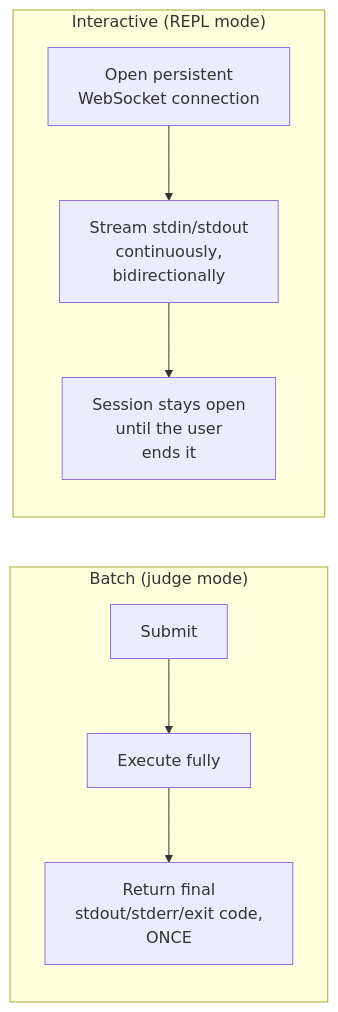
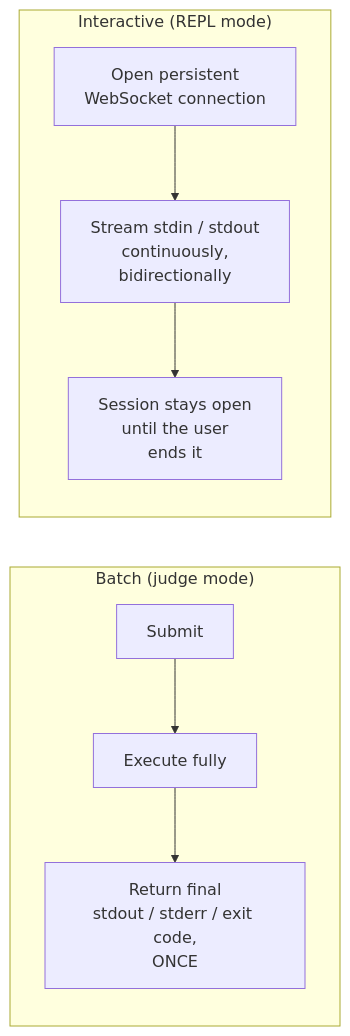
One commit to riyaz-pasha/Learnings changed the ninth of 12 diagrams in system-design/HLD/0-course/66-Design-a-Code-Execution-Engine-LeetCode-Replit-FAANG-Guide-story.md. Above: the diagram before and after it, drawn with Mermaid. The commit also changed other lines of this file and 5 other files, not shown here.

````diff
--- a/system-design/HLD/0-course/66-Design-a-Code-Execution-Engine-LeetCode-Replit-FAANG-Guide-story.md
+++ b/system-design/HLD/0-course/66-Design-a-Code-Execution-Engine-LeetCode-Replit-FAANG-Guide-story.md
@@ -259,9 +559,9 @@
 ```mermaid
 flowchart LR
     subgraph Batch["Batch (judge mode)"]
-        B1["Submit"] --> B2["Execute fully"] --> B3["Return final\nstdout/stderr/exit code,\nONCE"]
+        B1["Submit"] --> B2["Execute fully"] --> B3["Return final<br/>stdout / stderr / exit code,<br/>ONCE"]
     end
     subgraph Interactive["Interactive (REPL mode)"]
-        I1["Open persistent\nWebSocket connection"] --> I2["Stream stdin/stdout\ncontinuously,\nbidirectionally"] --> I3["Session stays open\nuntil the user\nends it"]
+        I1["Open persistent<br/>WebSocket connection"] --> I2["Stream stdin / stdout<br/>continuously,<br/>bidirectionally"] --> I3["Session stays open<br/>until the user<br/>ends it"]
     end
 ```
````
